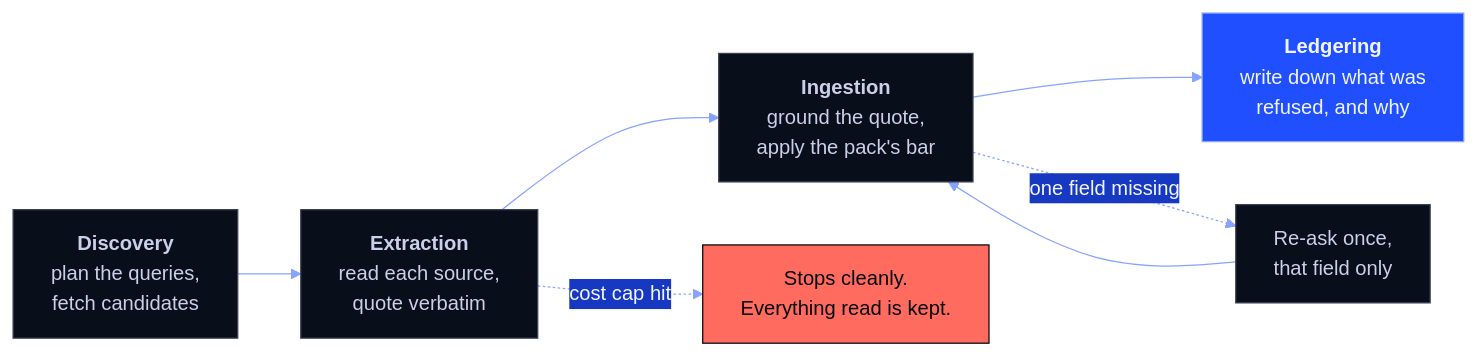
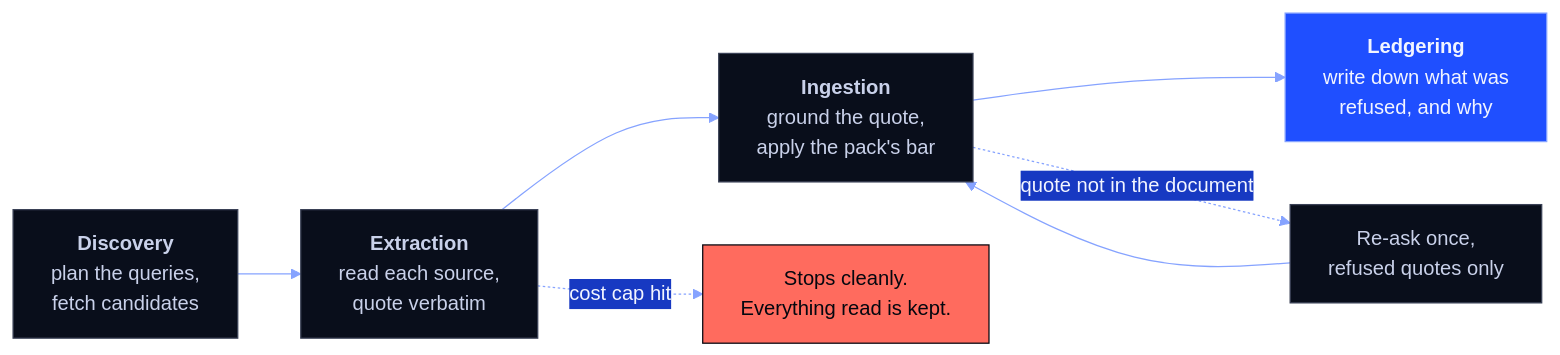
Before and after one commit to Berbadov/kriko: the third of 3 diagrams in docs/HOW_IT_WORKS.md, drawn with Mermaid. The commit also changed other lines of this file and 10 other files, not shown here.

````diff
--- a/docs/HOW_IT_WORKS.md
+++ b/docs/HOW_IT_WORKS.md
@@ -77,17 +77,17 @@
 ```mermaid
 %%{init: {"theme":"base","themeVariables":{"fontFamily":"ui-monospace, SFMono-Regular, Consolas, monospace","primaryColor":"#090E1B","primaryTextColor":"#F2F5FF","primaryBorderColor":"#1F4FFF","lineColor":"#86A3FF","secondaryColor":"#1739C2","tertiaryColor":"#080B16","noteBkgColor":"#BFE4FF","noteTextColor":"#05070F","actorBkg":"#090E1B","actorTextColor":"#F2F5FF","actorBorder":"#1F4FFF","signalColor":"#86A3FF","signalTextColor":"#86A3FF"}}}%%
 flowchart LR
     D["<b>Discovery</b><br/>plan the queries,<br/>fetch candidates"] --> E["<b>Extraction</b><br/>read each source,<br/>quote verbatim"]
     E --> I["<b>Ingestion</b><br/>ground the quote,<br/>apply the pack's bar"]
     I --> L["<b>Ledgering</b><br/>write down what was<br/>refused, and why"]
     E -. "cost cap hit" .-> STOP["Stops cleanly.<br/>Everything read is kept."]
-    I -. "one field missing" .-> R["Re-ask once,<br/>that field only"]
+    I -. "quote not in the document" .-> R["Re-ask once,<br/>refused quotes only"]
     R --> I
 
     classDef brand  fill:#1F4FFF,stroke:#86A3FF,color:#F2F5FF
     classDef plain  fill:#090E1B,stroke:#3A4156,color:#C9D1EA
     classDef danger fill:#FF6B5E,stroke:#05070F,color:#05070F
     class D,E,I,R plain
     class L brand
     class STOP danger
 ```
````
